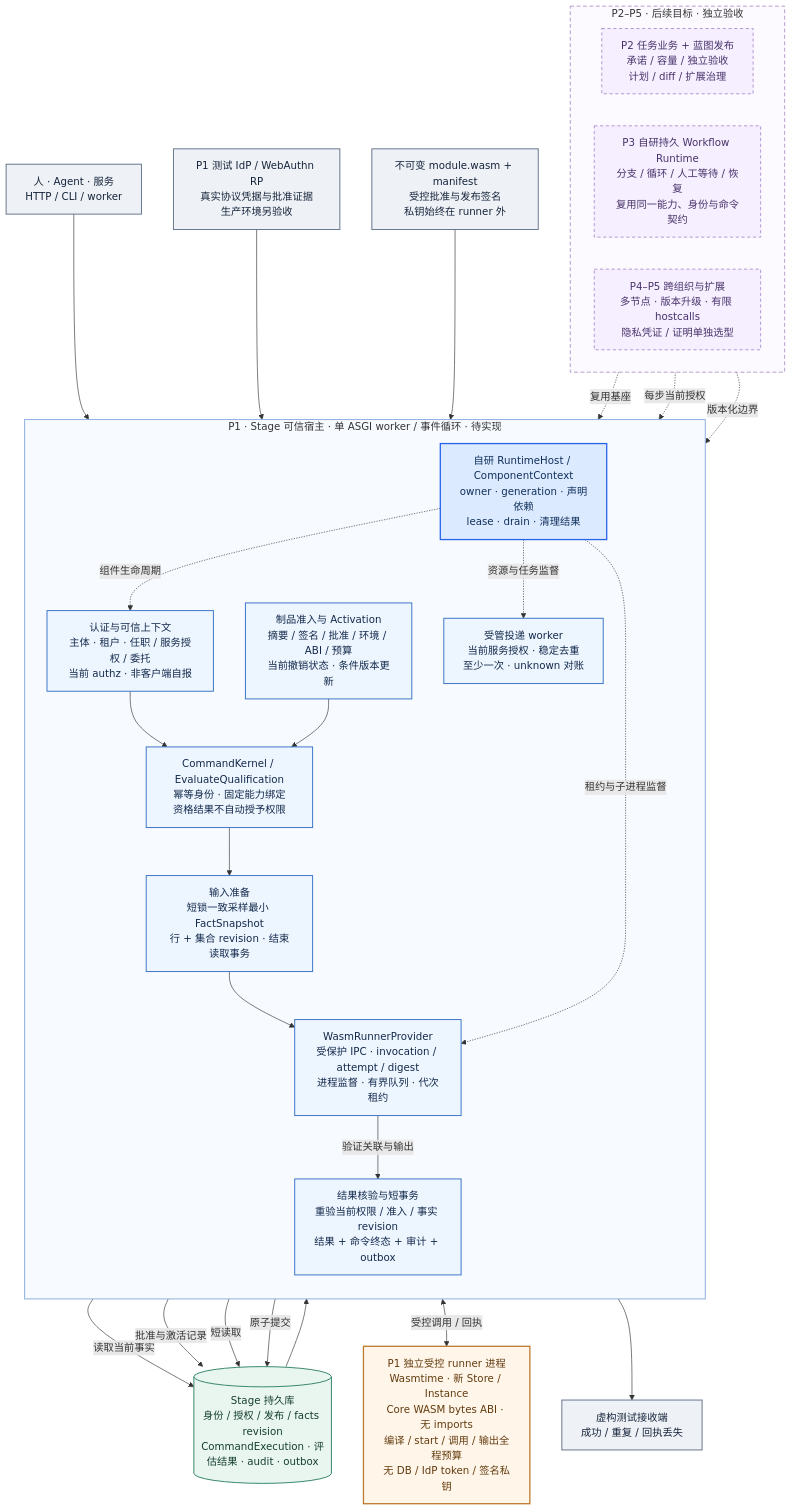
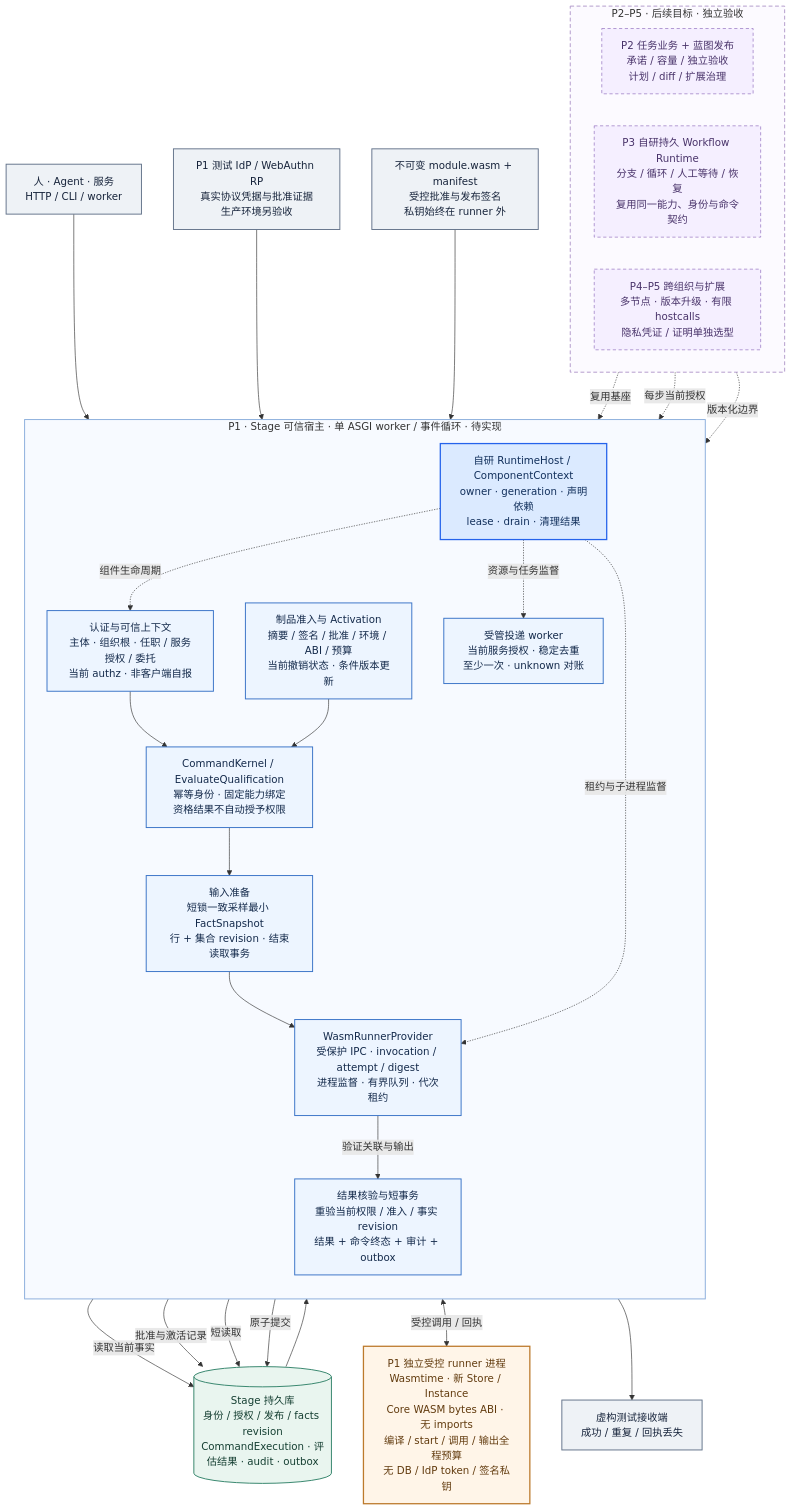
Before and after one commit to OrchestraCorp/Stage: the diagram in docs/diagrams/stage-architecture.mmd, drawn with Mermaid. The commit also changed 67 other files, not shown here.

```diff
--- a/docs/diagrams/stage-architecture.mmd
+++ b/docs/diagrams/stage-architecture.mmd
@@ -1,64 +1,64 @@
 flowchart TB
   accTitle: Stage 自研基座：组件运行时、真实身份与受控 WASM
   accDescr: 一期由单 worker 可信宿主和独立 WASM runner 构成。身份、签名准入、受限计算及事务提交分别校验。紫色区域为后续业务与分布式扩展，所有新能力均待实现。
 
   CLIENT["人 · Agent · 服务<br/>HTTP / CLI / worker"]
   IDP["P1 测试 IdP / WebAuthn RP<br/>真实协议凭据与批准证据<br/>生产环境另验收"]
   ART["不可变 module.wasm + manifest<br/>受控批准与发布签名<br/>私钥始终在 runner 外"]
 
   subgraph HOST["P1 · Stage 可信宿主 · 单 ASGI worker / 事件循环 · 待实现"]
     direction TB
     RT["自研 RuntimeHost / ComponentContext<br/>owner · generation · 声明依赖<br/>lease · drain · 清理结果"]
-    AUTH["认证与可信上下文<br/>主体 · 租户 · 任职 / 服务授权 / 委托<br/>当前 authz · 非客户端自报"]
+    AUTH["认证与可信上下文<br/>主体 · 组织根 · 任职 / 服务授权 / 委托<br/>当前 authz · 非客户端自报"]
     RELEASE["制品准入与 Activation<br/>摘要 / 签名 / 批准 / 环境 / ABI / 预算<br/>当前撤销状态 · 条件版本更新"]
     CMD["CommandKernel / EvaluateQualification<br/>幂等身份 · 固定能力绑定<br/>资格结果不自动授予权限"]
     FACT["输入准备<br/>短锁一致采样最小 FactSnapshot<br/>行 + 集合 revision · 结束读取事务"]
     SUP["WasmRunnerProvider<br/>受保护 IPC · invocation / attempt / digest<br/>进程监督 · 有界队列 · 代次租约"]
     COMMIT["结果核验与短事务<br/>重验当前权限 / 准入 / 事实 revision<br/>结果 + 命令终态 + 审计 + outbox"]
     OUTBOX["受管投递 worker<br/>当前服务授权 · 稳定去重<br/>至少一次 · unknown 对账"]
     AUTH --> CMD
     RELEASE --> CMD
     CMD --> FACT --> SUP
     SUP -->|验证关联与输出| COMMIT
     RT -. "组件生命周期" .-> AUTH
     RT -. "租约与子进程监督" .-> SUP
     RT -. "资源与任务监督" .-> OUTBOX
   end
 
   RUNNER["P1 独立受控 runner 进程<br/>Wasmtime · 新 Store / Instance<br/>Core WASM bytes ABI · 无 imports<br/>编译 / start / 调用 / 输出全程预算<br/>无 DB / IdP token / 签名私钥"]
   DB[("Stage 持久库<br/>身份 / 授权 / 发布 / facts revision<br/>CommandExecution · 评估结果 · audit · outbox")]
   SINK["虚构测试接收端<br/>成功 / 重复 / 回执丢失"]
   CLIENT --> AUTH
   IDP --> AUTH
   ART --> RELEASE
   AUTH -->|读取当前事实| DB
   RELEASE -->|批准与激活记录| DB
   FACT -->|短读取| DB
   SUP <-->|受控调用 / 回执| RUNNER
   COMMIT -->|原子提交| DB
   DB --> OUTBOX --> SINK
 
   subgraph LATER["P2–P5 · 后续目标 · 独立验收"]
     direction LR
     BIZ["P2 任务业务 + 蓝图发布<br/>承诺 / 容量 / 独立验收<br/>计划 / diff / 扩展治理"]
     FLOW["P3 自研持久 Workflow Runtime<br/>分支 / 循环 / 人工等待 / 恢复<br/>复用同一能力、身份与命令契约"]
     DIST["P4–P5 跨组织与扩展<br/>多节点 · 版本升级 · 有限 hostcalls<br/>隐私凭证 / 证明单独选型"]
   end
   BIZ -. "复用基座" .-> CMD
   FLOW -. "每步当前授权" .-> AUTH
   DIST -. "版本化边界" .-> RT
 
   classDef external fill:#eef2f6,stroke:#64748b,color:#17243b,stroke-width:1.5px;
   classDef phase fill:#edf5ff,stroke:#3973c7,color:#142a4b,stroke-width:1.5px;
   classDef runtime fill:#dbeaff,stroke:#2563eb,color:#12305c,stroke-width:2px;
   classDef isolated fill:#fff5e8,stroke:#bc7a2c,color:#623b0e,stroke-width:2px;
   classDef data fill:#e9f5ef,stroke:#34846b,color:#153f32,stroke-width:1.5px;
   classDef future fill:#f5efff,stroke:#8b65ba,color:#49336a,stroke-dasharray:5 4;
   class CLIENT,IDP,ART,SINK external;
   class AUTH,RELEASE,CMD,FACT,SUP,COMMIT,OUTBOX phase;
   class RT runtime;
   class RUNNER isolated;
   class DB data;
   class BIZ,FLOW,DIST future;
   style HOST fill:#f7faff,stroke:#8baedc,stroke-width:1.5px
   style LATER fill:#fcfaff,stroke:#b29acb,stroke-width:1.5px,stroke-dasharray:6 4
```
